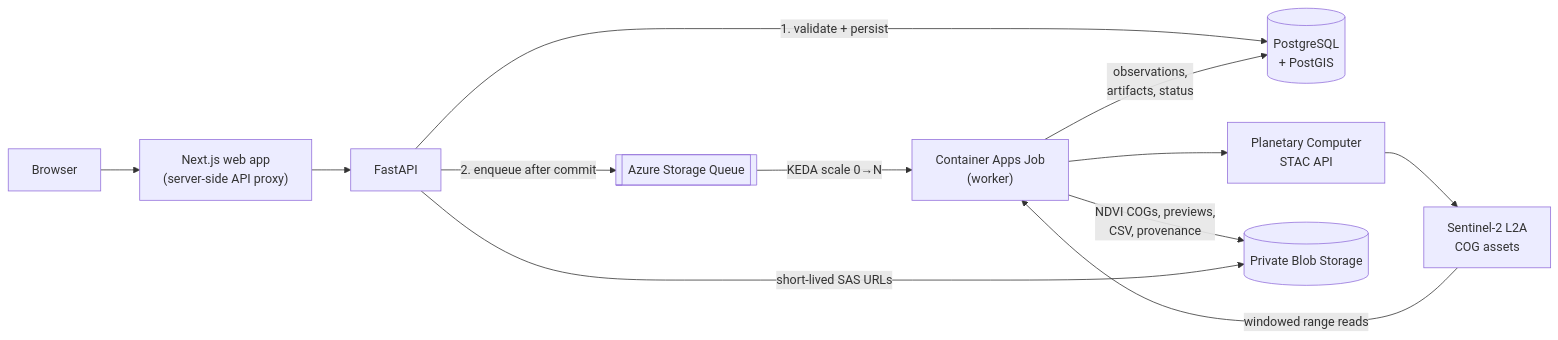
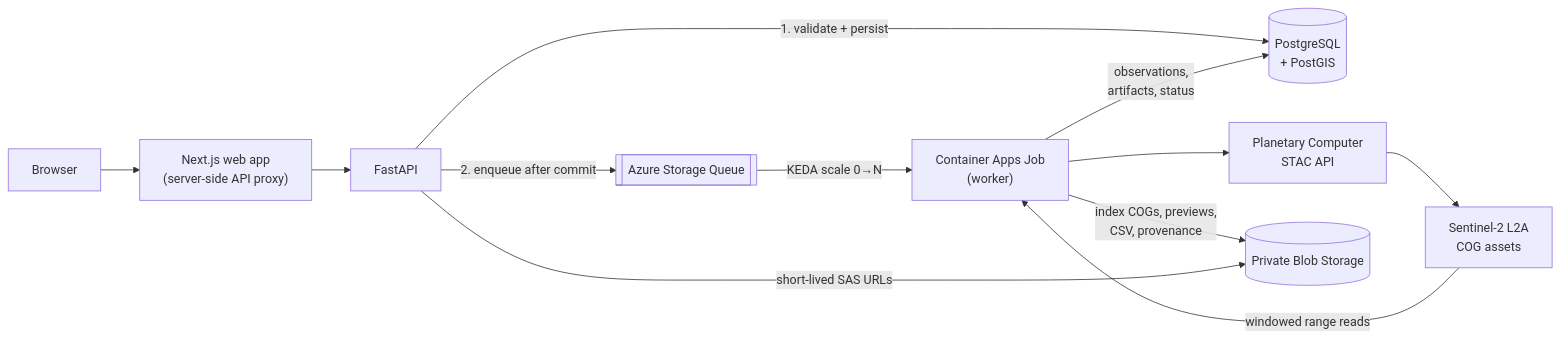
The diagram in README.md (raveheart1/Orbital-Earth-Observation-Platform), drawn with Mermaid before and after one commit. The commit also changed other lines of this file and 75 other files, not shown here.

````diff
--- a/README.md
+++ b/README.md
@@ -105,14 +123,14 @@
 ```mermaid
 flowchart LR
     B[Browser] --> W["Next.js web app<br/>(server-side API proxy)"]
     W --> A[FastAPI]
     A -->|"1. validate + persist"| P[("PostgreSQL<br/>+ PostGIS")]
     A -->|"2. enqueue after commit"| Q[["Azure Storage Queue"]]
     Q -->|"KEDA scale 0→N"| J["Container Apps Job<br/>(worker)"]
     J --> S["Planetary Computer<br/>STAC API"]
     S --> C["Sentinel-2 L2A<br/>COG assets"]
     C -->|"windowed range reads"| J
-    J -->|"NDVI COGs, previews,<br/>CSV, provenance"| BL[("Private Blob Storage")]
+    J -->|"index COGs, previews,<br/>CSV, provenance"| BL[("Private Blob Storage")]
     J -->|"observations,<br/>artifacts, status"| P
     A -->|"short-lived SAS URLs"| BL
 ```
````
